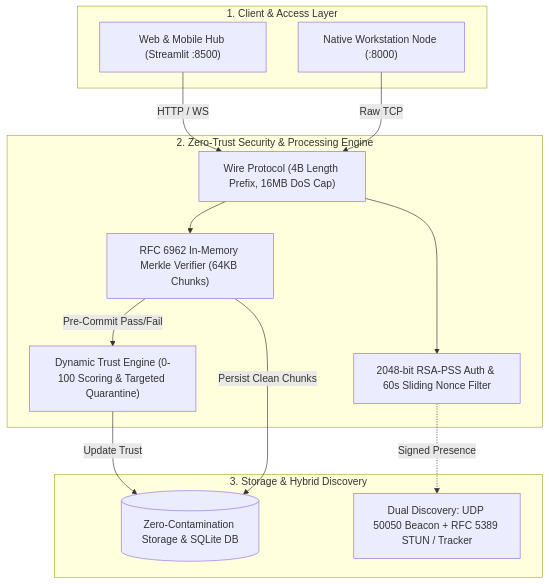
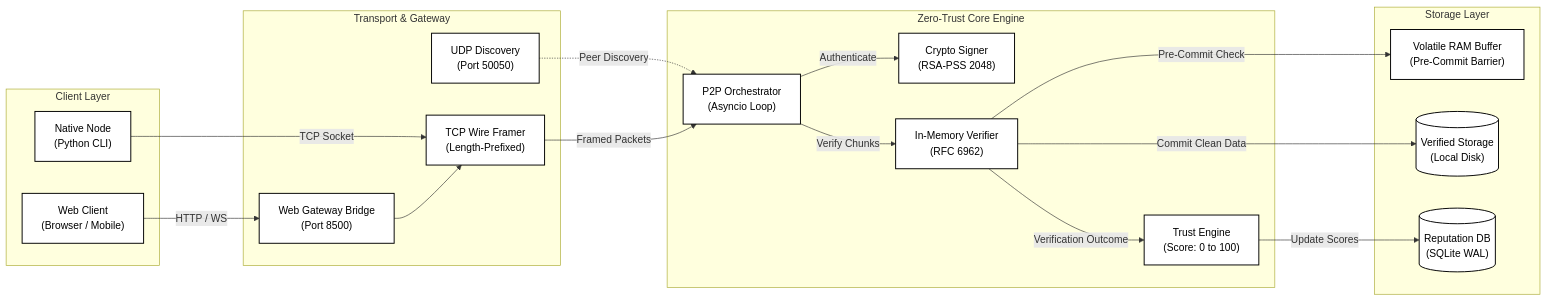
The first of 2 diagrams in docs/diagrams/DIAGRAMS_GUIDE.md (Vallurikeerthiram/zero-trust-p2p-network), drawn with Mermaid before and after one commit. The commit also changed other lines of this file and 16 other files, not shown here.

Commit message:
docs: clean up and remove unnecessary diagrams, retaining two minimalist B&W diagrams for architecture and security

````diff
--- a/docs/diagrams/DIAGRAMS_GUIDE.md
+++ b/docs/diagrams/DIAGRAMS_GUIDE.md
@@ -31,28 +18,41 @@
 ```mermaid
-flowchart TD
-    subgraph L1 ["1. Client & Access Layer"]
-        WebHub["Web & Mobile Hub (Streamlit :8500)"]
-        NativePeer["Native Workstation Node (:8000)"]
+flowchart LR
+    subgraph Client ["Client Layer"]
+        Web["Web Client<br>(Browser / Mobile)"]
+        CLI["Native Node<br>(Python CLI)"]
     end
 
-    subgraph L2 ["2. Zero-Trust Security & Processing Engine"]
-        WireFramer["Wire Protocol (4B Length Prefix, 16MB DoS Cap)"]
-        MerkleEngine["RFC 6962 In-Memory Merkle Verifier (64KB Chunks)"]
-        CryptoAuth["2048-bit RSA-PSS Auth & 60s Sliding Nonce Filter"]
-        ReputationEngine["Dynamic Trust Engine (0-100 Scoring & Targeted Quarantine)"]
+    subgraph Transport ["Transport & Gateway"]
+        Gateway["Web Gateway Bridge<br>(Port 8500)"]
+        Framer["TCP Wire Framer<br>(Length-Prefixed)"]
+        Discovery["UDP Discovery<br>(Port 50050)"]
     end
 
-    subgraph L3 ["3. Storage & Hybrid Discovery"]
-        LocalStorage[("Zero-Contamination Storage & SQLite DB")]
-        DiscoveryNet["Dual Discovery: UDP 50050 Beacon + RFC 5389 STUN / Tracker"]
+    subgraph Core ["Zero-Trust Core Engine"]
+        Orch["P2P Orchestrator<br>(Asyncio Loop)"]
+        Crypto["Crypto Signer<br>(RSA-PSS 2048)"]
+        Merkle["In-Memory Verifier<br>(RFC 6962)"]
+        Rep["Trust Engine<br>(Score: 0 to 100)"]
     end
 
-    WebHub -->|"HTTP / WS"| WireFramer
-    NativePeer -->|"Raw TCP"| WireFramer
-    WireFramer --> MerkleEngine
-    WireFramer --> CryptoAuth
-    MerkleEngine -->|"Pre-Commit Pass/Fail"| ReputationEngine
-    ReputationEngine -->|"Update Trust"| LocalStorage
-    MerkleEngine -->|"Persist Clean Chunks"| LocalStorage
-    CryptoAuth -.->|"Signed Presence"| DiscoveryNet
+    subgraph Storage ["Storage Layer"]
+        RAM["Volatile RAM Buffer<br>(Pre-Commit Barrier)"]
+        Disk[("Verified Storage<br>(Local Disk)")]
+        DB[("Reputation DB<br>(SQLite WAL)")]
+    end
+
+    Web -->|HTTP / WS| Gateway
+    CLI -->|TCP Socket| Framer
+    Gateway --> Framer
+    Discovery -.->|Peer Discovery| Orch
+    Framer -->|Framed Packets| Orch
+    Orch -->|Authenticate| Crypto
+    Orch -->|Verify Chunks| Merkle
+    Merkle -->|Pre-Commit Check| RAM
+    Merkle -->|Commit Clean Data| Disk
+    Merkle -->|Verification Outcome| Rep
+    Rep -->|Update Scores| DB
+
+    classDef bw fill:#ffffff,stroke:#000000,stroke-width:1.5px,color:#000000;
+    class Web,CLI,Gateway,Framer,Discovery,Orch,Crypto,Merkle,Rep,RAM,Disk,DB bw;
 ```
````
